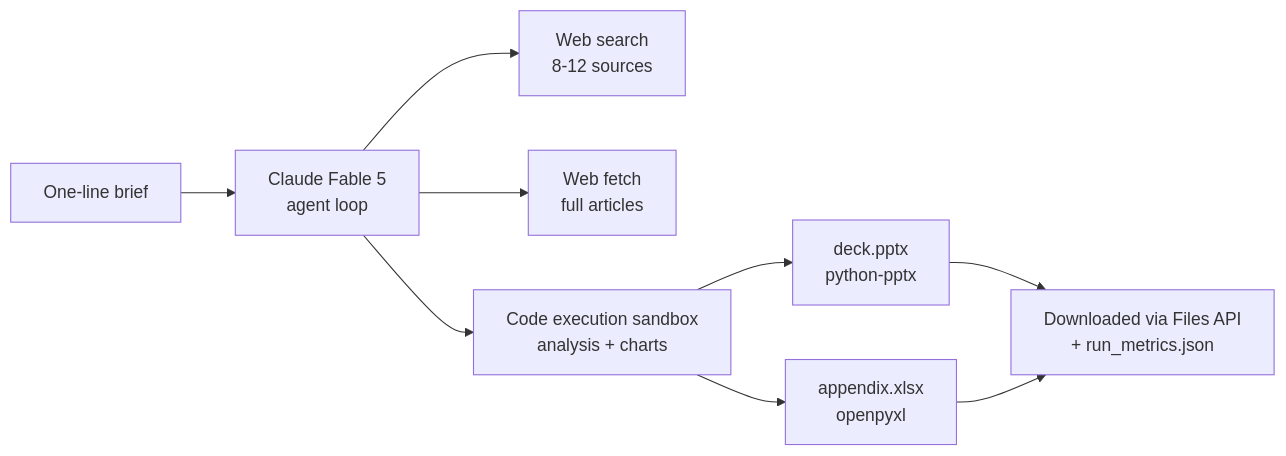
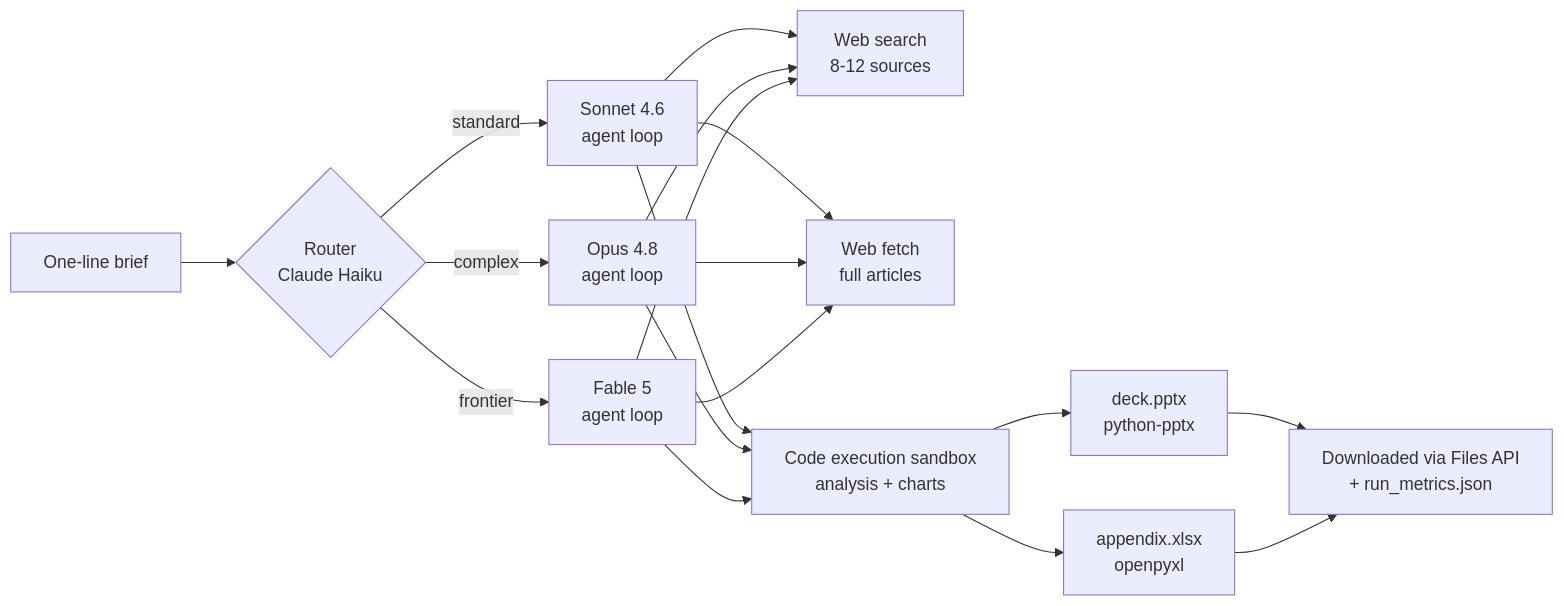
The diagram in README.md (paramouxt/brief-to-deck-agent), drawn with Mermaid before and after one commit. The commit also changed other lines of this file and 2 other files, not shown here.

````diff
--- a/README.md
+++ b/README.md
@@ -19,11 +19,14 @@
 ```mermaid
 flowchart LR
-    A[One-line brief] --> B[Claude Fable 5<br/>agent loop]
-    B --> C[Web search<br/>8-12 sources]
-    B --> D[Web fetch<br/>full articles]
-    B --> E[Code execution sandbox<br/>analysis + charts]
+    A[One-line brief] --> R{Router<br/>Claude Haiku}
+    R -->|standard| B[Sonnet 4.6<br/>agent loop]
+    R -->|complex| B2[Opus 4.8<br/>agent loop]
+    R -->|frontier| B3[Fable 5<br/>agent loop]
+    B & B2 & B3 --> C[Web search<br/>8-12 sources]
+    B & B2 & B3 --> D[Web fetch<br/>full articles]
+    B & B2 & B3 --> E[Code execution sandbox<br/>analysis + charts]
     E --> F[deck.pptx<br/>python-pptx]
     E --> G[appendix.xlsx<br/>openpyxl]
     F --> H[Downloaded via Files API<br/>+ run_metrics.json]
     G --> H
 ```
````
